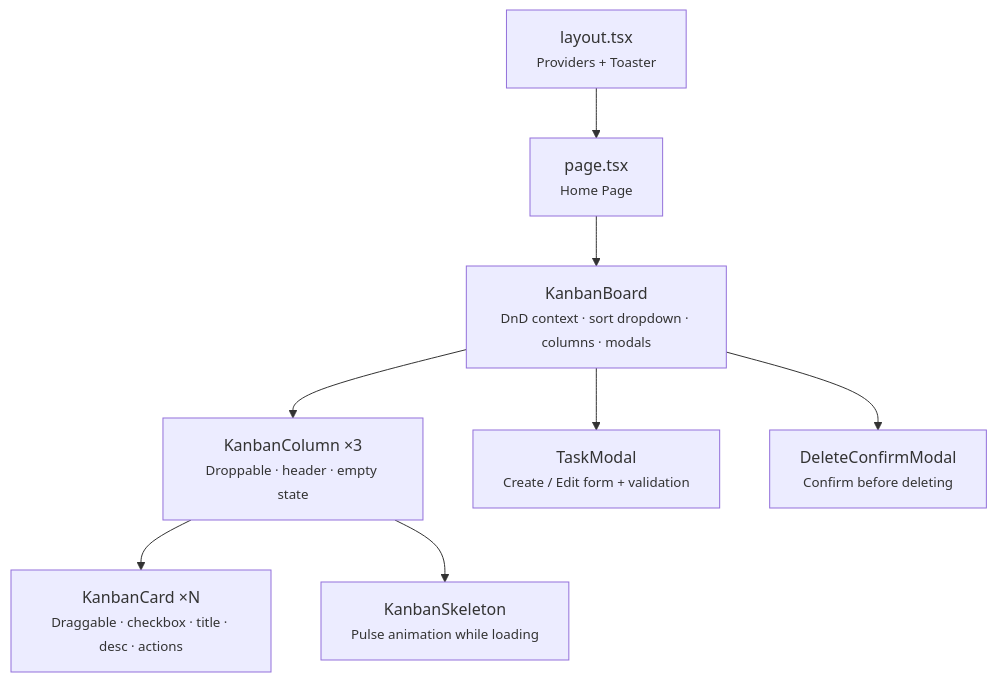
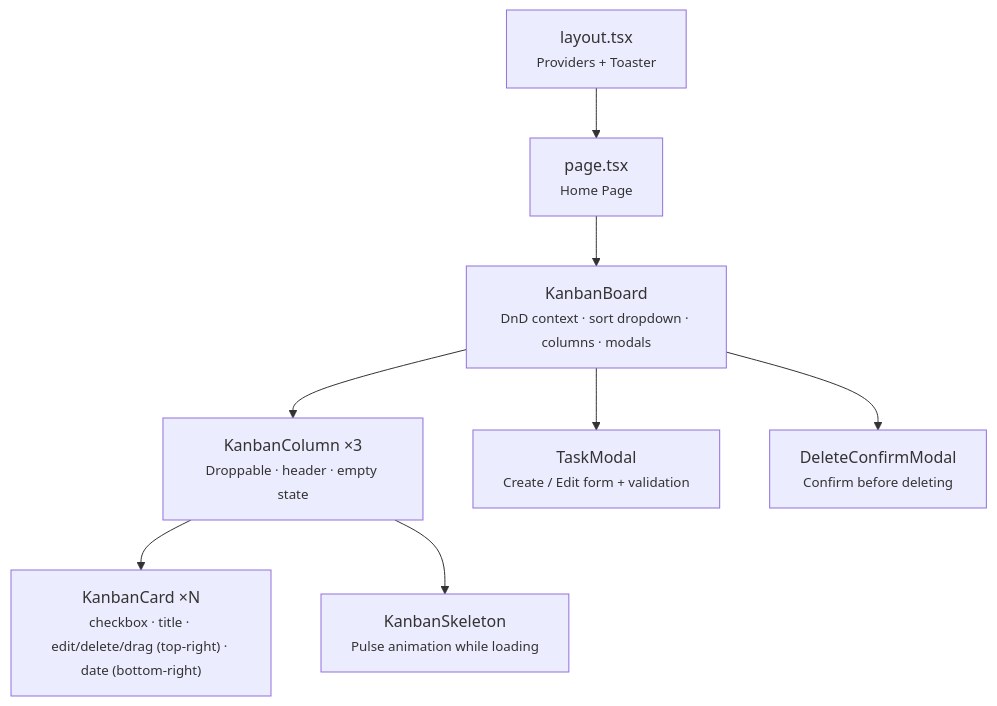
The first of 4 diagrams in README.md (nurulizyansyaza/personal-task-tracker-frontend), drawn with Mermaid before and after one commit. The commit also changed other lines of this file and 2 other files, not shown here.

````diff
--- a/README.md
+++ b/README.md
@@ -87,19 +87,19 @@
 ```mermaid
 graph TD
  Layout["layout.tsx<br/><small>Providers + Toaster</small>"]
  Page["page.tsx<br/><small>Home Page</small>"]
  Board["KanbanBoard<br/><small>DnD context · sort dropdown · columns · modals</small>"]
  Col["KanbanColumn ×3<br/><small>Droppable · header · empty state</small>"]
- Card["KanbanCard ×N<br/><small>Draggable · checkbox · title · desc · actions</small>"]
+ Card["KanbanCard ×N<br/><small>checkbox · title · edit/delete/drag (top-right) · date (bottom-right)</small>"]
  Skel["KanbanSkeleton<br/><small>Pulse animation while loading</small>"]
  TModal["TaskModal<br/><small>Create / Edit form + validation</small>"]
  DModal["DeleteConfirmModal<br/><small>Confirm before deleting</small>"]
 
  Layout --> Page
  Page --> Board
  Board --> Col
  Board --> TModal
  Board --> DModal
  Col --> Card
  Col --> Skel
 ```
````
